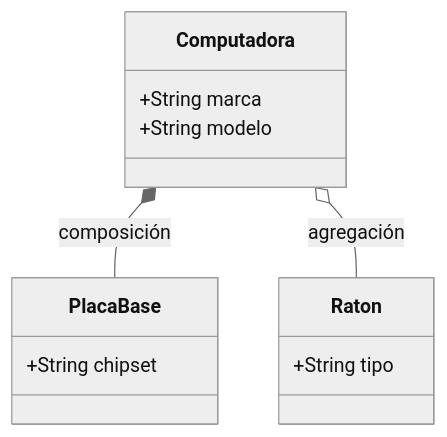
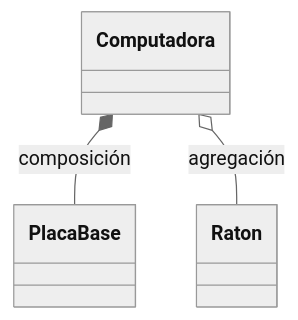
The third of 5 diagrams in README.md (abelcm2001/Bateria_de_ejercicios), drawn with Mermaid (neutral theme) before and after one commit. The commit also changed other lines of this file, not shown here.

Commit message:
Adding exercise 5 and remove attributes from class diagrams in README

````diff
--- a/README.md
+++ b/README.md
@@ -40,20 +40,19 @@
 ```mermaid
 
 classDiagram
     class Computadora {
-        +String marca
-        +String modelo
+       
     }
 
     class PlacaBase {
-        +String chipset
+   
     }
 
     class Raton {
-        +String tipo
+    
     }
 
     Computadora *-- PlacaBase : composición
     Computadora o-- Raton : agregación
 
 ```
````
